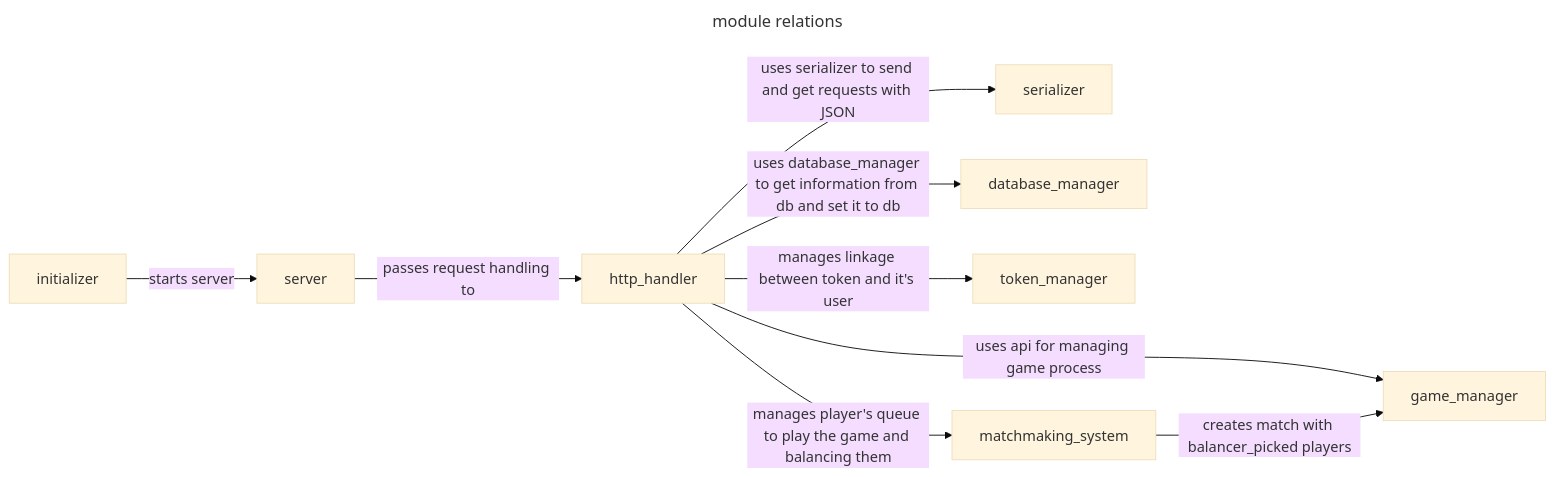
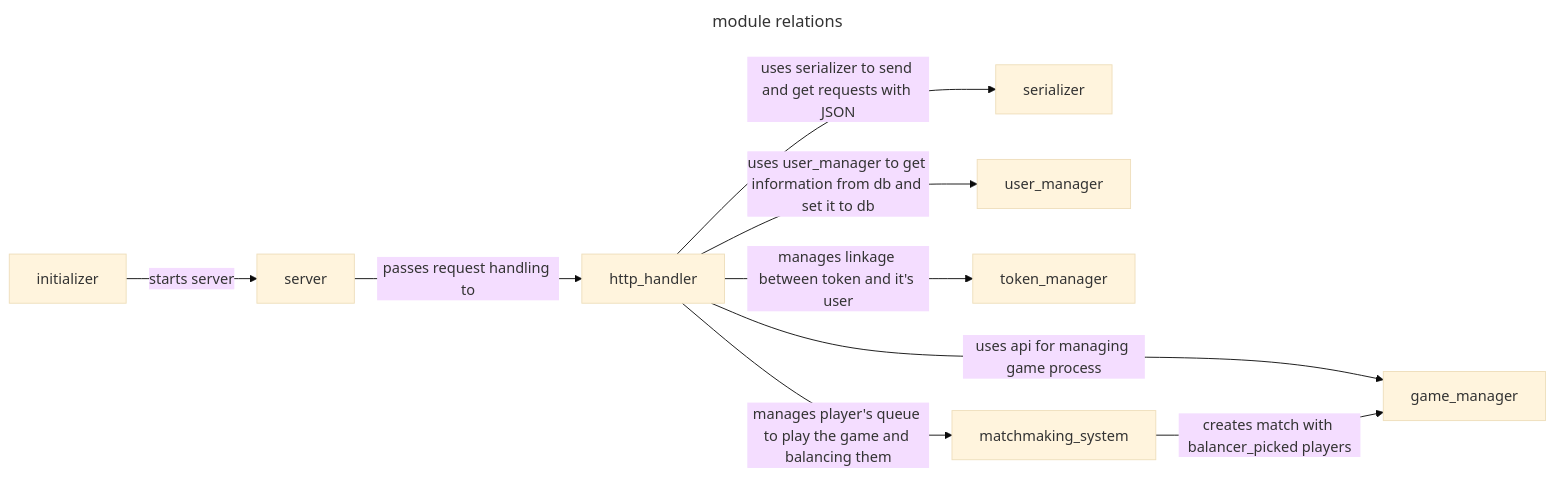
Before and after one commit to LeeDoor/game_webserver: the diagram in docs/new_module_creation.md, drawn with Mermaid (base theme). The commit also changed 59 other files, not shown here.

Commit message:
database user renaming

````diff
--- a/docs/new_module_creation.md
+++ b/docs/new_module_creation.md
@@ -4,23 +4,23 @@
 ```mermaid
 ---
 title: module relations
 ---
 flowchart LR
 initializer --"starts server"--> server
 server --"passes request handling to"--> http_handler
 http_handler --"uses serializer to send and get requests with JSON"--> serializer
-http_handler --"uses database_manager to get information from db and set it to db"--> database_manager
+http_handler --"uses user_manager to get information from db and set it to db"--> user_manager
 http_handler --"manages linkage between token and it's user"--> token_manager
 http_handler --"manages player's queue to play the game and balancing them"-->matchmaking_system
 http_handler --"uses api for managing game process"-->game_manager
 matchmaking_system --"creates match with balancer_picked players"-->game_manager
 
 click initializer "initializer.md"
 click server "server.md"
 click http_handler "http_handler.md"
 click serializer "serializer.md"
-click database_manager "database_manager.md"
+click user_manager "user_manager.md"
 click token_manager "token_manager.md"
 click matchmaking_system "matchmaking_system.md"
 click game_manager "game_manager.md"
 ```
````
